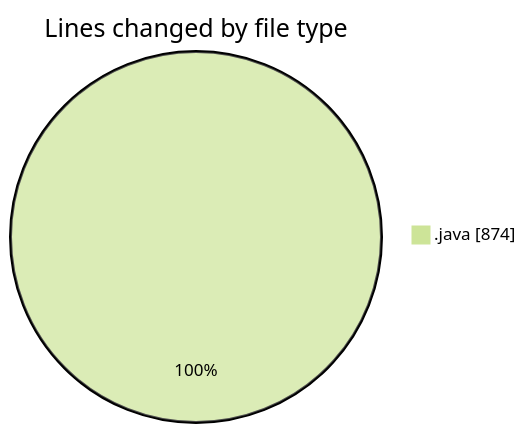
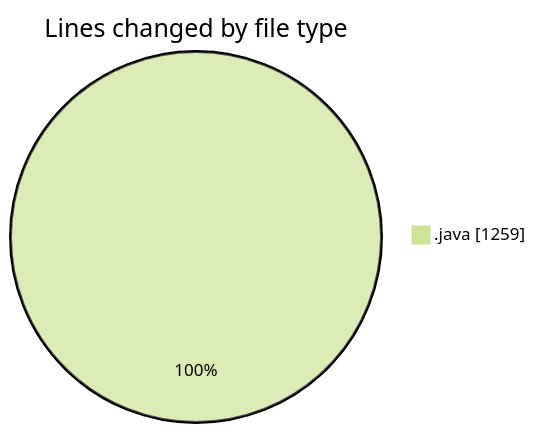
The first of 2 diagrams in 2025-02-20/projet/README.md (Elitesun/code-tracking), drawn with Mermaid (forest theme) before and after one commit. The commit also changed other lines of this file and 1 other file, not shown here.

````diff
--- a/2025-02-20/projet/README.md
+++ b/2025-02-20/projet/README.md
@@ -24,5 +25,5 @@
 ```mermaid
 pie showData
 title Lines changed by file type
-".java" : 874
+".java" : 1259
 ```
````
